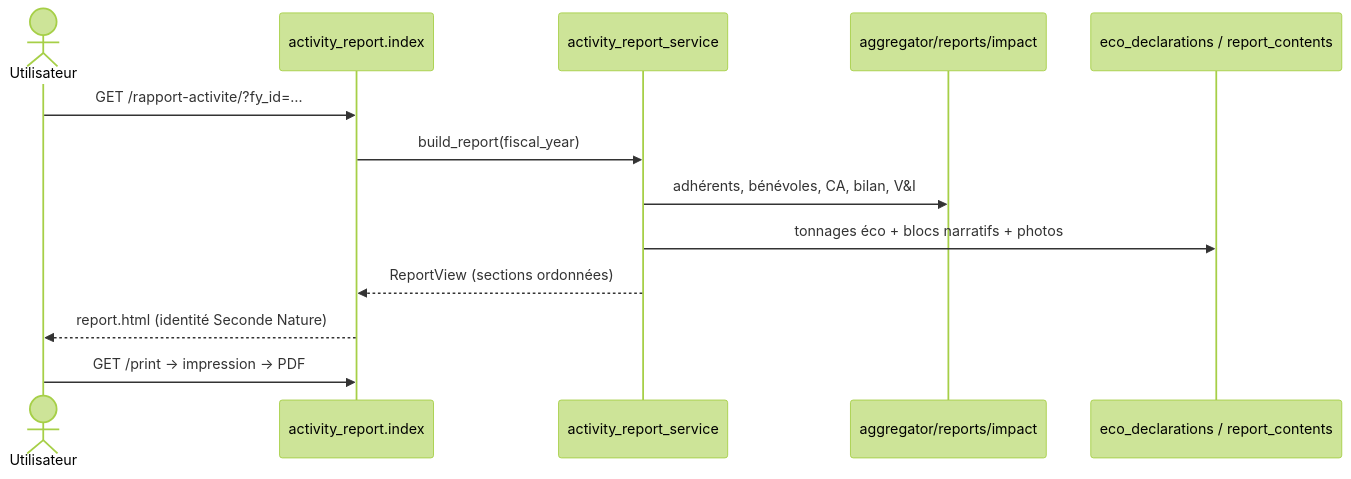
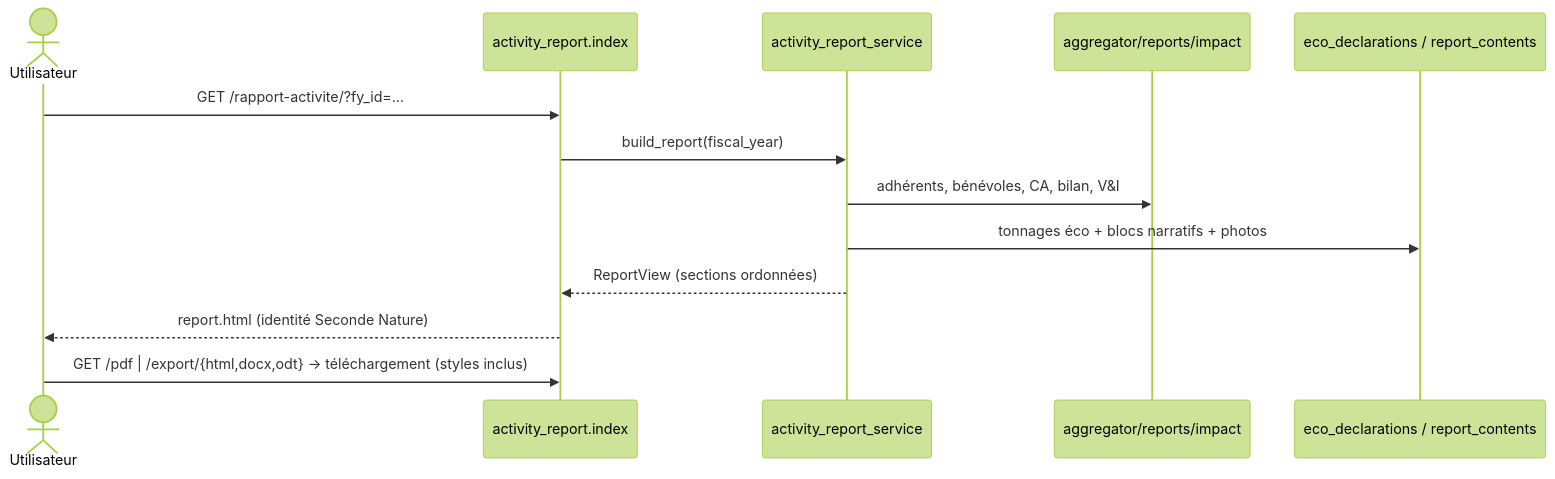
One commit to ekylibre/lyvre changed the second of 2 diagrams in claudedocs/rapport_activites/design_rapport_activite.md. Above: the diagram before and after it, drawn with Mermaid (forest theme). The commit also changed other lines of this file and 27 other files, not shown here.

````diff
--- a/claudedocs/rapport_activites/design_rapport_activite.md
+++ b/claudedocs/rapport_activites/design_rapport_activite.md
@@ -303,15 +316,15 @@
 ```mermaid
 sequenceDiagram
   actor U as Utilisateur
   participant V as activity_report.index
   participant S as activity_report_service
   participant AG as aggregator/reports/impact
   participant DB as eco_declarations / report_contents
   U->>V: GET /rapport-activite/?fy_id=…
   V->>S: build_report(fiscal_year)
   S->>AG: adhérents, bénévoles, CA, bilan, V&I
   S->>DB: tonnages éco + blocs narratifs + photos
   S-->>V: ReportView (sections ordonnées)
   V-->>U: report.html (identité Seconde Nature)
-  U->>V: GET /print → impression → PDF
+  U->>V: GET /pdf | /export/{html,docx,odt} → téléchargement (styles inclus)
 ```
````
